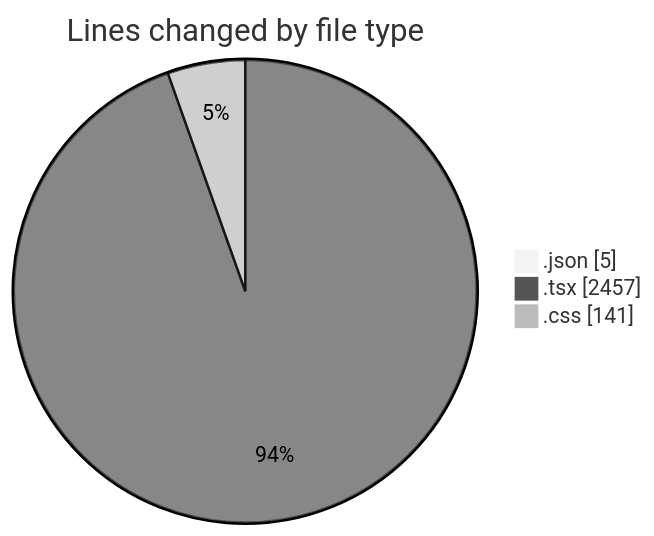
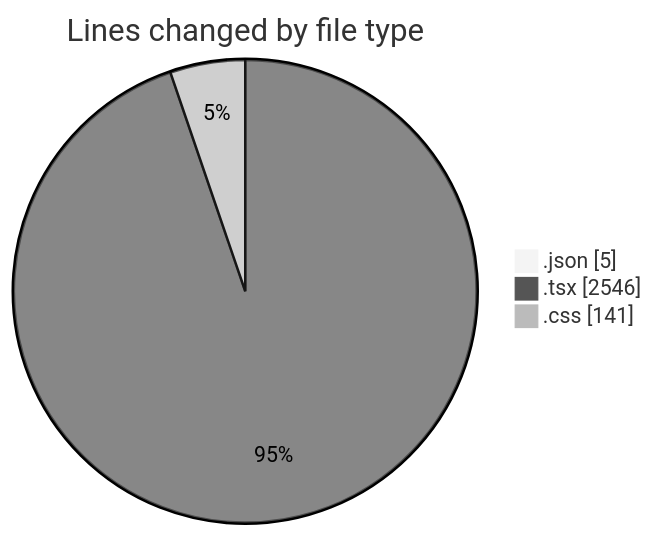
One commit to Elitesun/code-tracking changed the first of 2 diagrams in 2025-05-29/advertise/README.md. Above: the diagram before and after it, drawn with Mermaid (neutral theme). The commit also changed other lines of this file and 1 other file, not shown here.

````diff
--- a/2025-05-29/advertise/README.md
+++ b/2025-05-29/advertise/README.md
@@ -27,7 +27,7 @@
 ```mermaid
 pie showData
 title Lines changed by file type
 ".json" : 5
-".tsx" : 2457
+".tsx" : 2546
 ".css" : 141
 ```
````
